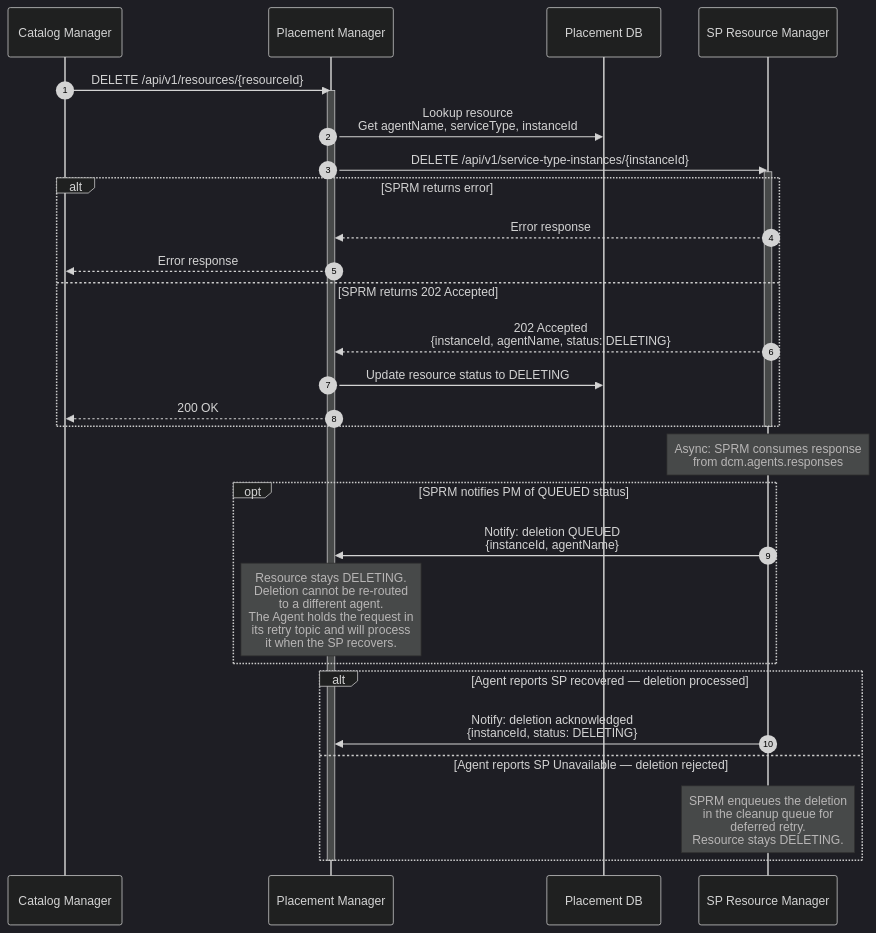
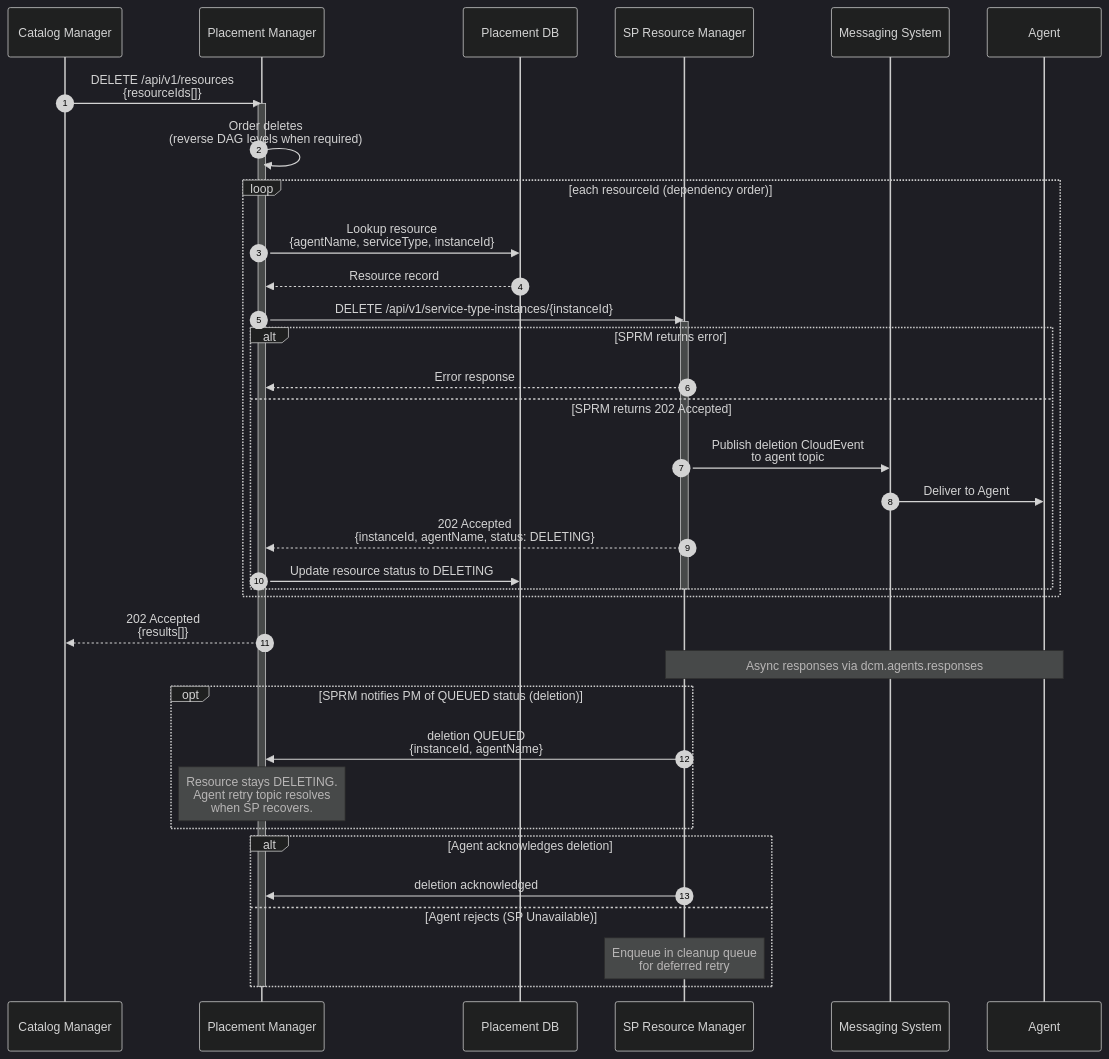
Before and after one commit to dcm-project/enhancements: the third of 3 diagrams in enhancements/placement-manager/placement-manager.md, drawn with Mermaid (dark theme). The commit also changed other lines of this file and 1 other file, not shown here.

Commit message:
Multi resource placement Assisted-By: Cursor AI

````diff
--- a/enhancements/placement-manager/placement-manager.md
+++ b/enhancements/placement-manager/placement-manager.md
@@ -510,40 +624,49 @@
 ```mermaid
 sequenceDiagram
     autonumber
     participant CM as Catalog Manager
     participant PM as Placement Manager
     participant DB as Placement DB
     participant SPRM as SP Resource Manager
+    participant MS as Messaging System
+    participant AG as Agent
 
-    CM->>PM: DELETE /api/v1/resources/{resourceId}
+    CM->>PM: DELETE /api/v1/resources<br/>{resourceIds[]}
     activate PM
 
-    PM->>DB: Lookup resource<br/>Get agentName, serviceType, instanceId
+    PM->>PM: Order deletes<br/>(reverse DAG levels when required)
 
-    PM->>SPRM: DELETE /api/v1/service-type-instances/{instanceId}
-    activate SPRM
+    loop each resourceId (dependency order)
+        PM->>DB: Lookup resource<br/>{agentName, serviceType, instanceId}
+        DB-->>PM: Resource record
 
-    alt SPRM returns error
-        SPRM-->>PM: Error response
-        PM-->>CM: Error response
-    else SPRM returns 202 Accepted
-        SPRM-->>PM: 202 Accepted<br/>{instanceId, agentName, status: DELETING}
-        PM->>DB: Update resource status to DELETING
-        PM-->>CM: 200 OK
-    end
-    deactivate SPRM
+        PM->>SPRM: DELETE /api/v1/service-type-instances/{instanceId}
+        activate SPRM
 
-    Note over SPRM: Async: SPRM consumes response<br/>from dcm.agents.responses
-
-    opt SPRM notifies PM of QUEUED status
-        SPRM->>PM: Notify: deletion QUEUED<br/>{instanceId, agentName}
-        Note over PM: Resource stays DELETING.<br/>Deletion cannot be re-routed<br/>to a different agent.<br/>The Agent holds the request in<br/>its retry topic and will process<br/>it when the SP recovers.
+        alt SPRM returns error
+            SPRM-->>PM: Error response
+        else SPRM returns 202 Accepted
+            SPRM->>MS: Publish deletion CloudEvent<br/>to agent topic
+            MS->>AG: Deliver to Agent
+            SPRM-->>PM: 202 Accepted<br/>{instanceId, agentName, status: DELETING}
+            PM->>DB: Update resource status to DELETING
+        end
+        deactivate SPRM
     end
 
-    alt Agent reports SP recovered — deletion processed
-        SPRM->>PM: Notify: deletion acknowledged<br/>{instanceId, status: DELETING}
-    else Agent reports SP Unavailable — deletion rejected
-        Note over SPRM: SPRM enqueues the deletion<br/>in the cleanup queue for<br/>deferred retry.<br/>Resource stays DELETING.
+    PM-->>CM: 202 Accepted<br/>{results[]}
+
+    Note over AG,SPRM: Async responses via dcm.agents.responses
+
+    opt SPRM notifies PM of QUEUED status (deletion)
+        SPRM->>PM: deletion QUEUED<br/>{instanceId, agentName}
+        Note over PM: Resource stays DELETING.<br/>Agent retry topic resolves<br/>when SP recovers.
+    end
+
+    alt Agent acknowledges deletion
+        SPRM->>PM: deletion acknowledged
+    else Agent rejects (SP Unavailable)
+        Note over SPRM: Enqueue in cleanup queue<br/>for deferred retry
     end
     deactivate PM
 ```
````
